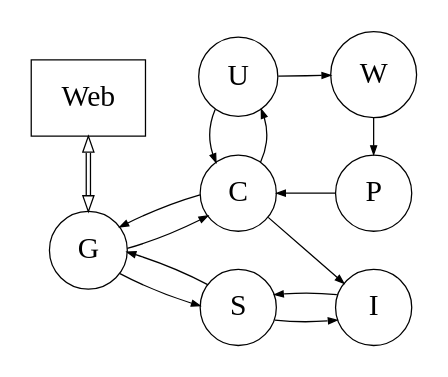
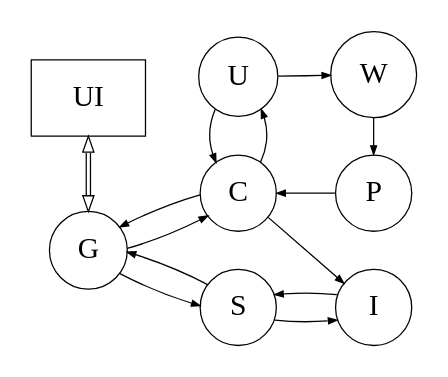
One commit to mpgirro/dipl changed the diagram in docs/graphics/task-units.dot. Above: the diagram before and after it, drawn with Graphviz. The commit also changed 7 other files, not shown here.

```diff
--- a/docs/graphics/task-units.dot
+++ b/docs/graphics/task-units.dot
@@ -1,24 +1,24 @@
 digraph G {
     rankdir = LR;
     size="4,4";
     graph [pad = "0.1", ranksep = "0.35", nodesep = "0.25"];
     node [shape = circle, penwidth = 0.6];
     edge [arrowhead = normal, arrowsize = 0.4];
 
-    Web [shape = "box"];
+    UI [shape = "box"];
 
     G -> C -> G [penwidth = 0.6];   // REST retrieval of DB
     G -> S -> G [penwidth = 0.6];   // REST retrieval from searcher
     C -> U -> C [penwidth = 0.6];   // test for update interval
     U -> W      [penwidth = 0.6];   // download job
     C -> I      [penwidth = 0.6];   // update index
     S -> I -> S [penwidth = 0.6];   // search index
     W -> P -> C [penwidth = 0.6];   // download-parse-update
     P -> I      [style="invis"];    // ensure desired node alignment 
-    Web -> G [minlen = "2.5", dir = "both", constraint = false, penwidth = 0.6, color = "black:black", arrowhead = empty, arrowtail = empty, arrowsize = 0.75];
+    UI -> G [minlen = "2.5", dir = "both", constraint = false, penwidth = 0.6, color = "black:black", arrowhead = empty, arrowtail = empty, arrowsize = 0.75];
 
     // constraints to style the graph
-    { rank=same; G Web }
+    { rank=same; G UI }
     { rank=same; U C S }
     { rank=same; W P I }
 }
```
